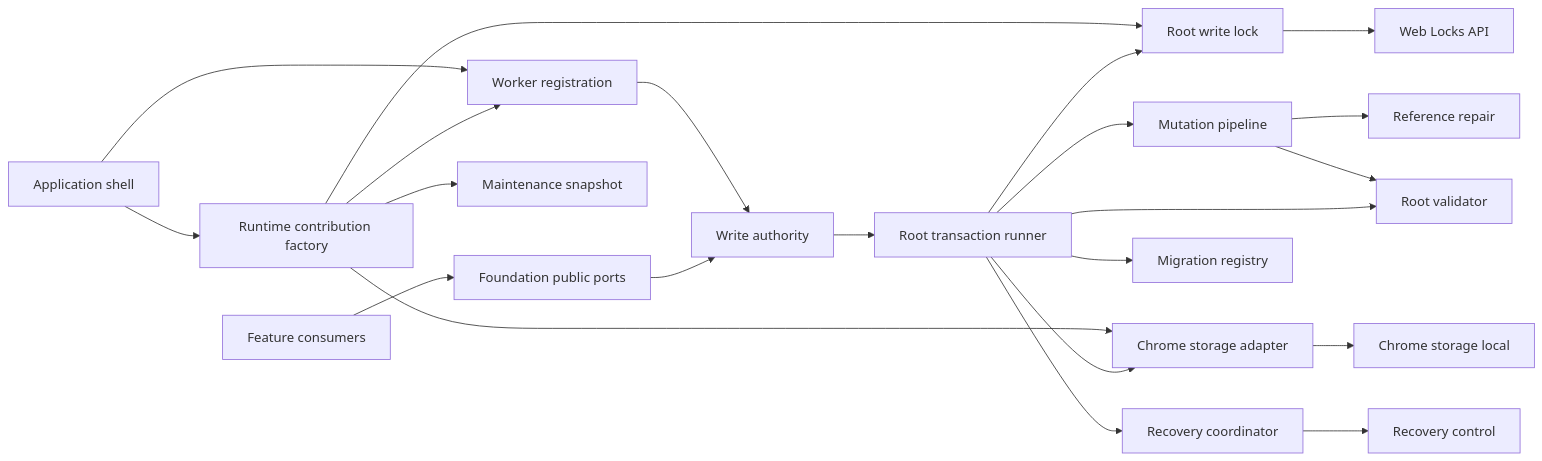
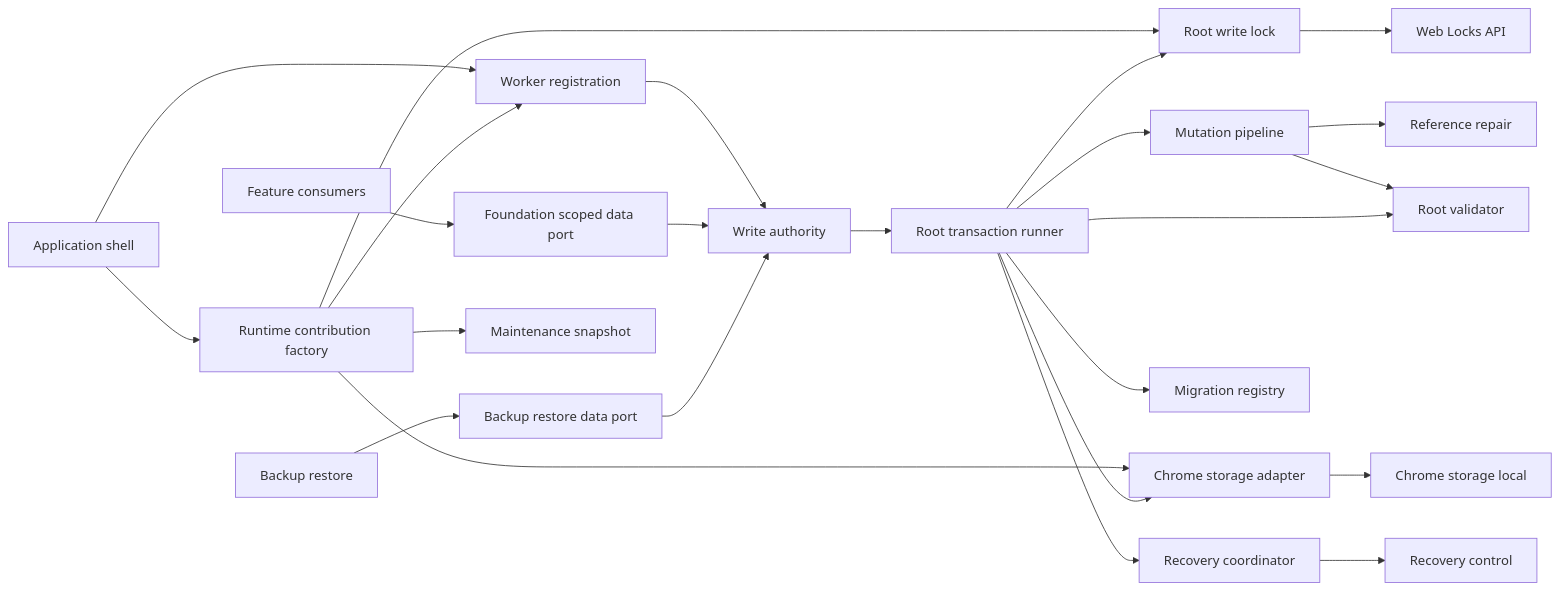
Before and after one commit to Huruikagi/pc-build-planner: the first of 4 diagrams in .kiro/specs/local-data-foundation/design.md, drawn with Mermaid. The commit also changed other lines of this file and 19 other files, not shown here.

````diff
--- a/.kiro/specs/local-data-foundation/design.md
+++ b/.kiro/specs/local-data-foundation/design.md
@@ -72,24 +73,26 @@
 ```mermaid
 graph LR
-    Feature[Feature consumers] --> Ports[Foundation public ports]
+    Feature[Feature consumers] --> Ports[Foundation scoped data port]
+    Backup[Backup restore] --> BackupPort[Backup restore data port]
     Shell[Application shell] --> Registration[Worker registration]
     Shell --> Factory[Runtime contribution factory]
     Factory --> Registration
     Factory --> Snapshot[Maintenance snapshot]
     Factory --> Adapter
     Factory --> Lock
     Registration --> Authority[Write authority]
     Ports --> Authority
+    BackupPort --> Authority
     Authority --> Runner[Root transaction runner]
     Runner --> Lock[Root write lock]
     Runner --> Mutation[Mutation pipeline]
     Mutation --> Repair[Reference repair]
     Mutation --> Validator[Root validator]
     Runner --> Migration[Migration registry]
     Runner --> Validator
     Runner --> Adapter[Chrome storage adapter]
     Runner --> Recovery[Recovery coordinator]
     Recovery --> Control[Recovery control]
     Lock --> WebLocks[Web Locks API]
     Adapter --> Storage[Chrome storage local]
 ```
````
